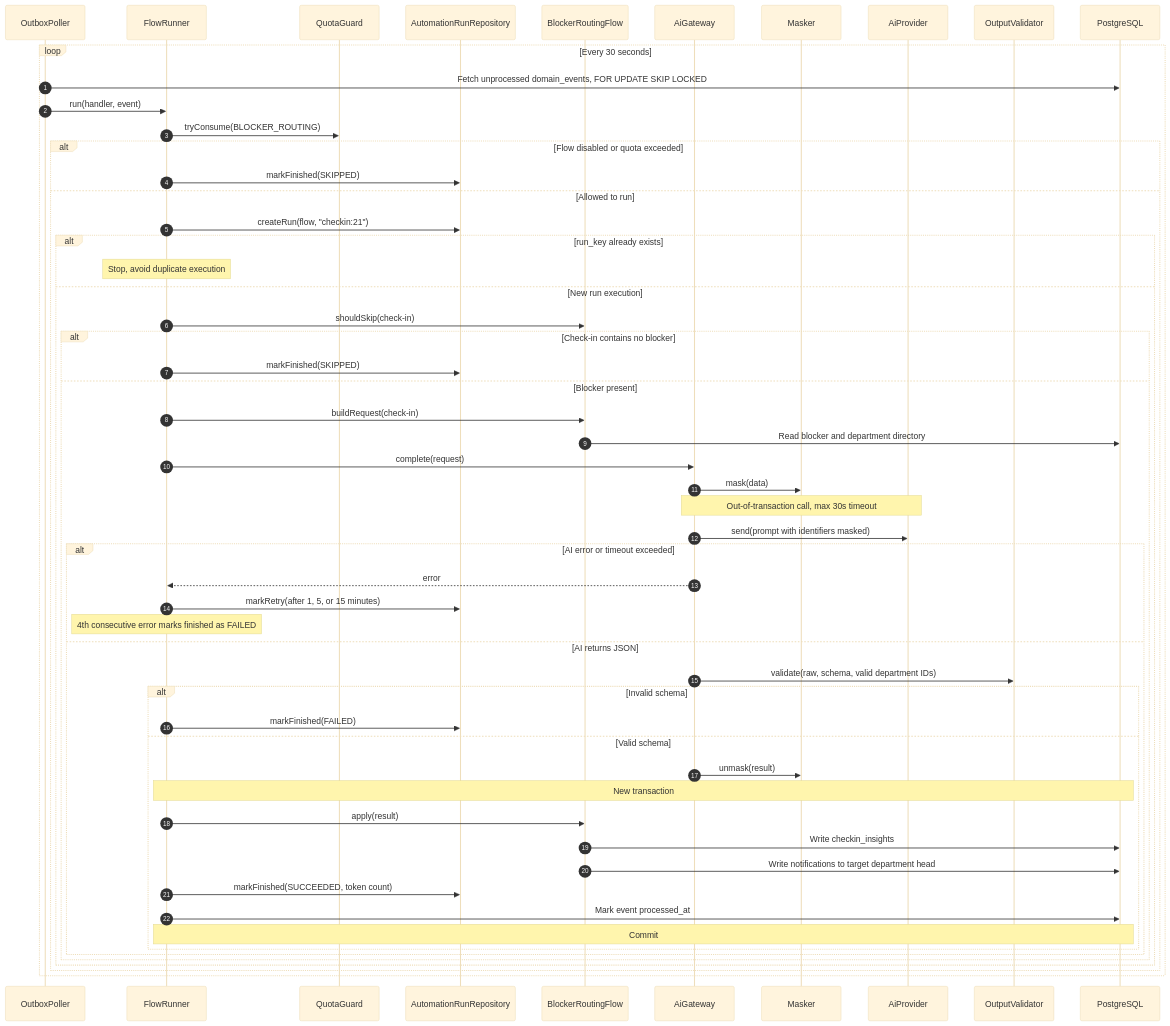
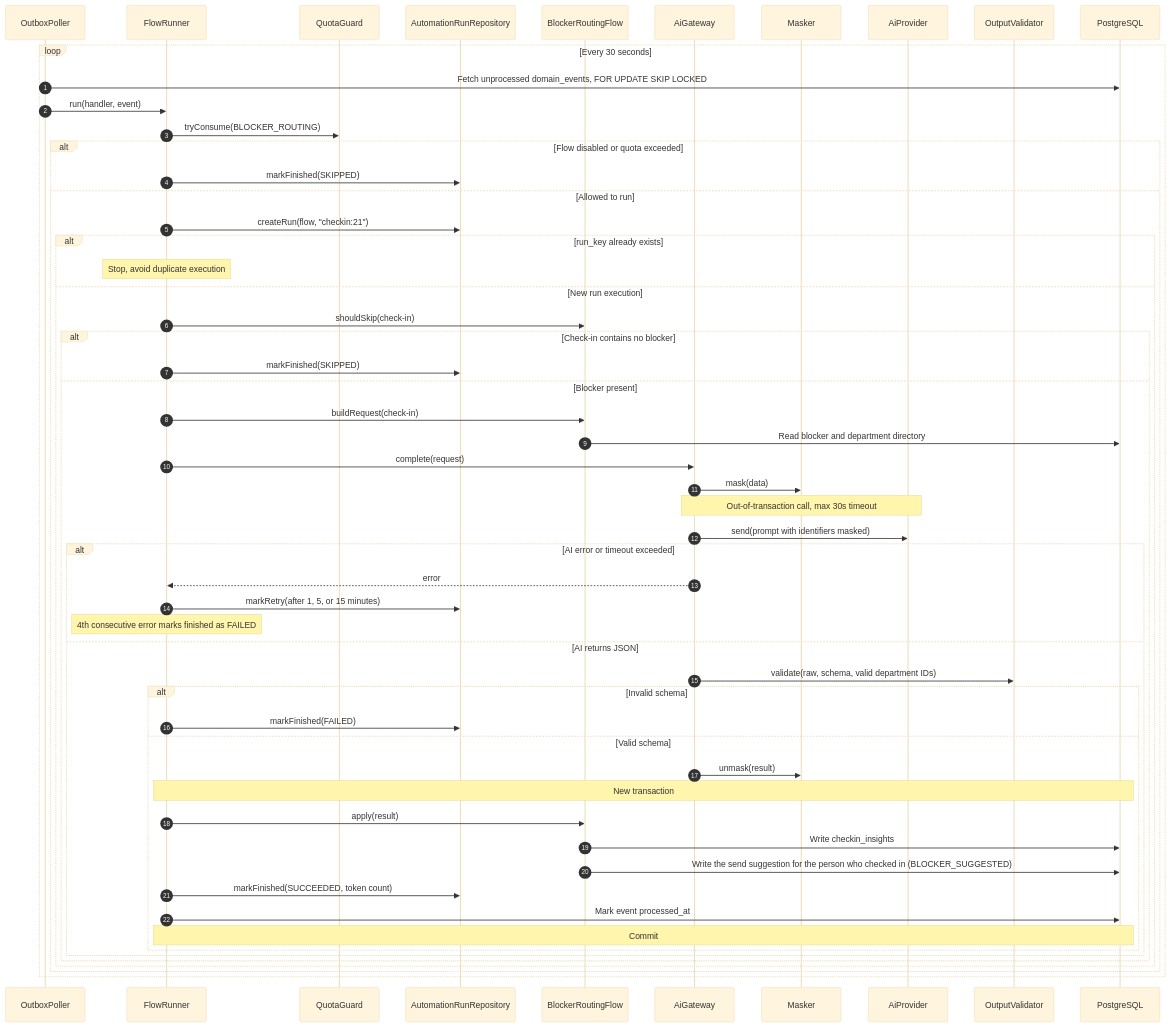
Diagram 33 of 33 in docs/architecture/uml/sequence-diagrams.md (Akaza-ban/OCK-360), drawn with Mermaid (base theme) before and after one commit. The commit also changed other lines of this file and 26 other files, not shown here.

````diff
--- a/docs/architecture/uml/sequence-diagrams.md
+++ b/docs/architecture/uml/sequence-diagrams.md
@@ -1137,59 +1175,59 @@
 ```mermaid
 sequenceDiagram
     autonumber
     participant O as OutboxPoller
     participant F as FlowRunner
     participant Q as QuotaGuard
     participant RR as AutomationRunRepository
     participant H as BlockerRoutingFlow
     participant A as AiGateway
     participant M as Masker
     participant P as AiProvider
     participant V as OutputValidator
     participant DB as PostgreSQL
 
     loop Every 30 seconds
         O->>DB: Fetch unprocessed domain_events, FOR UPDATE SKIP LOCKED
         O->>F: run(handler, event)
         F->>Q: tryConsume(BLOCKER_ROUTING)
         alt Flow disabled or quota exceeded
             F->>RR: markFinished(SKIPPED)
         else Allowed to run
             F->>RR: createRun(flow, "checkin:21")
             alt run_key already exists
                 Note over F: Stop, avoid duplicate execution
             else New run execution
                 F->>H: shouldSkip(check-in)
                 alt Check-in contains no blocker
                     F->>RR: markFinished(SKIPPED)
                 else Blocker present
                     F->>H: buildRequest(check-in)
                     H->>DB: Read blocker and department directory
                     F->>A: complete(request)
                     A->>M: mask(data)
                     Note over A,P: Out-of-transaction call, max 30s timeout
                     A->>P: send(prompt with identifiers masked)
                     alt AI error or timeout exceeded
                         A-->>F: error
                         F->>RR: markRetry(after 1, 5, or 15 minutes)
                         Note over F: 4th consecutive error marks finished as FAILED
                     else AI returns JSON
                         A->>V: validate(raw, schema, valid department IDs)
                         alt Invalid schema
                             F->>RR: markFinished(FAILED)
                         else Valid schema
                             A->>M: unmask(result)
                             Note over F,DB: New transaction
                             F->>H: apply(result)
                             H->>DB: Write checkin_insights
-                            H->>DB: Write notifications to target department head
+                            H->>DB: Write the send suggestion for the person who checked in (BLOCKER_SUGGESTED)
                             F->>RR: markFinished(SUCCEEDED, token count)
                             F->>DB: Mark event processed_at
                             Note over F,DB: Commit
                         end
                     end
                 end
             end
         end
     end
 ```
````
